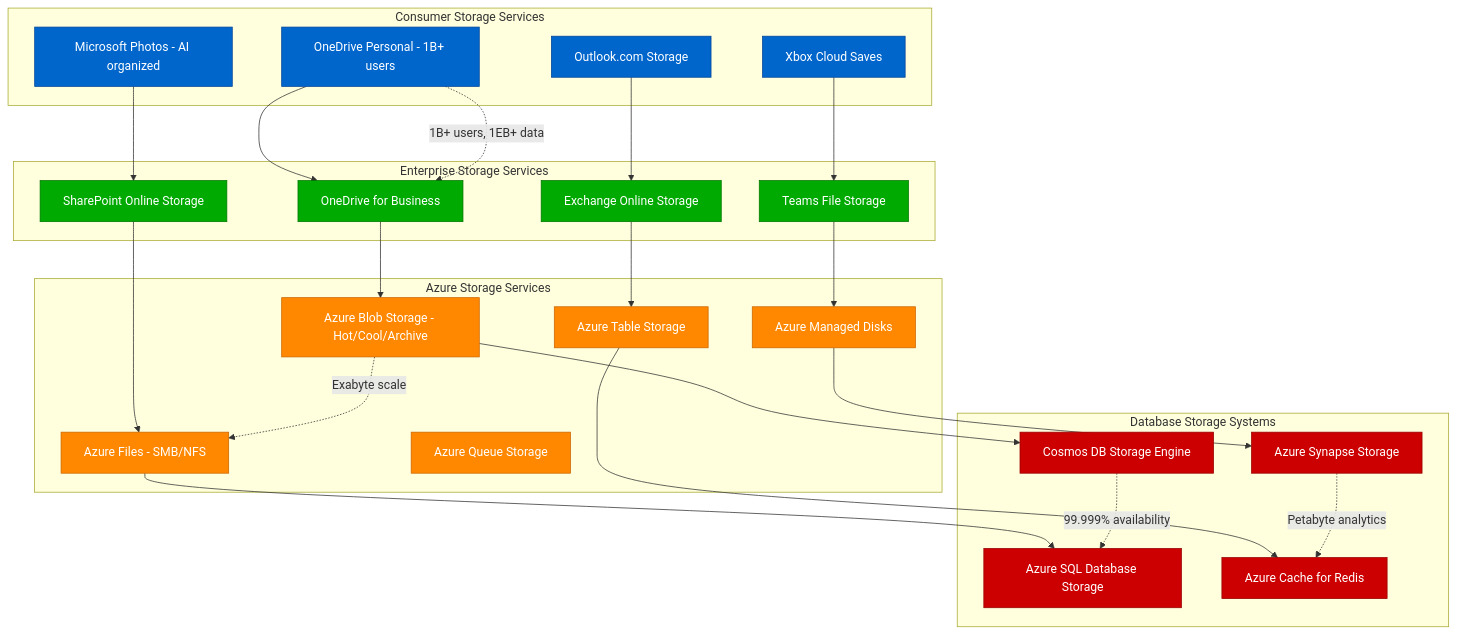
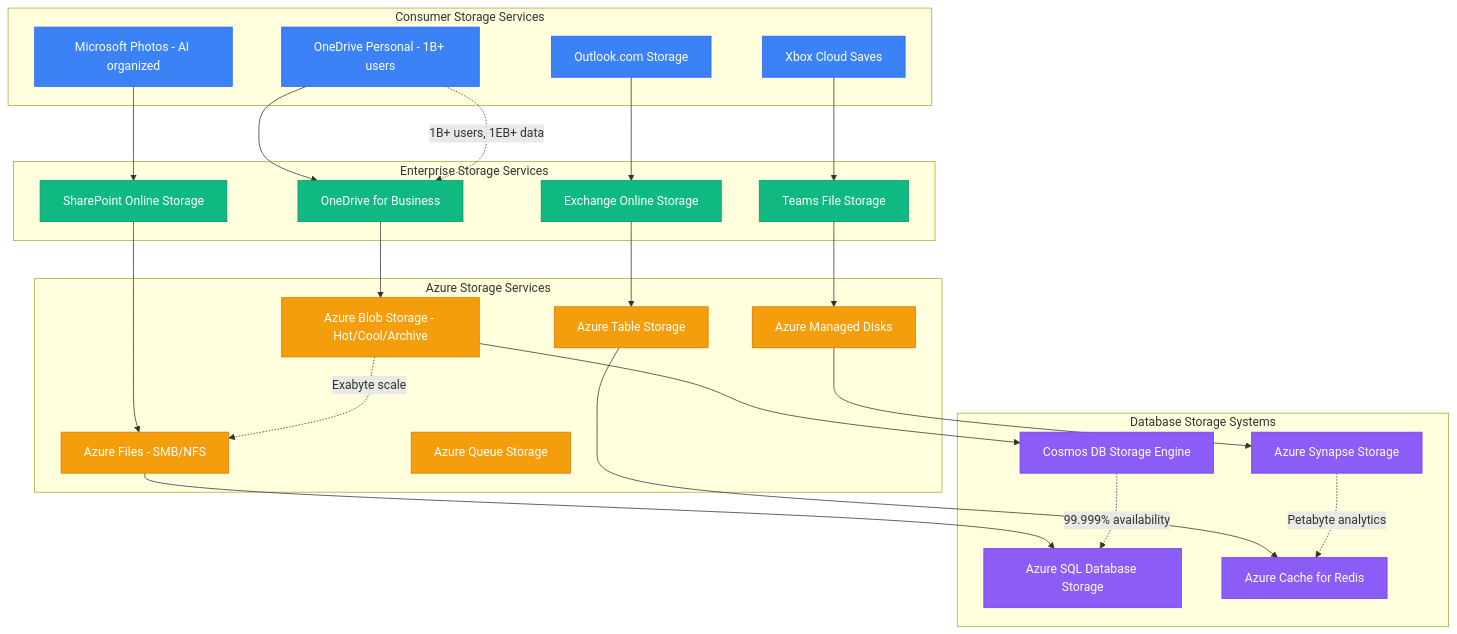
The first of 9 diagrams in site/docs/systems/microsoft/storage-architecture.md (deepaucksharma/DS), drawn with Mermaid before and after one commit. The commit also changed other lines of this file and 303 other files, not shown here.

````diff
--- a/site/docs/systems/microsoft/storage-architecture.md
+++ b/site/docs/systems/microsoft/storage-architecture.md
@@ -9,66 +9,66 @@
 ```mermaid
 graph TB
     subgraph ConsumerStorage[Consumer Storage Services]
         ONEDRIVE[OneDrive Personal - 1B+ users]
         PHOTOS[Microsoft Photos - AI organized]
         XBOX_STORAGE[Xbox Cloud Saves]
         OUTLOOK_STORAGE[Outlook.com Storage]
     end
 
     subgraph EnterpriseStorage[Enterprise Storage Services]
         ONEDRIVE_BIZ[OneDrive for Business]
         SHAREPOINT_STORAGE[SharePoint Online Storage]
         TEAMS_FILES[Teams File Storage]
         EXCHANGE_STORAGE[Exchange Online Storage]
     end
 
     subgraph AzureStorage[Azure Storage Services]
         BLOB_STORAGE[Azure Blob Storage - Hot/Cool/Archive]
         FILE_STORAGE[Azure Files - SMB/NFS]
         DISK_STORAGE[Azure Managed Disks]
         TABLE_STORAGE[Azure Table Storage]
         QUEUE_STORAGE[Azure Queue Storage]
     end
 
     subgraph DatabaseStorage[Database Storage Systems]
         COSMOS_STORAGE[Cosmos DB Storage Engine]
         SQL_STORAGE[Azure SQL Database Storage]
         SYNAPSE_STORAGE[Azure Synapse Storage]
         REDIS_STORAGE[Azure Cache for Redis]
     end
 
     %% Storage tier relationships
     ONEDRIVE --> ONEDRIVE_BIZ
     PHOTOS --> SHAREPOINT_STORAGE
     XBOX_STORAGE --> TEAMS_FILES
     OUTLOOK_STORAGE --> EXCHANGE_STORAGE
 
     %% Enterprise to Azure integration
     ONEDRIVE_BIZ --> BLOB_STORAGE
     SHAREPOINT_STORAGE --> FILE_STORAGE
     TEAMS_FILES --> DISK_STORAGE
     EXCHANGE_STORAGE --> TABLE_STORAGE
 
     %% Database integration
     BLOB_STORAGE --> COSMOS_STORAGE
     FILE_STORAGE --> SQL_STORAGE
     DISK_STORAGE --> SYNAPSE_STORAGE
     TABLE_STORAGE --> REDIS_STORAGE
 
     %% Scale annotations
     ONEDRIVE -.->|"1B+ users, 1EB+ data"| ONEDRIVE_BIZ
     BLOB_STORAGE -.->|"Exabyte scale"| FILE_STORAGE
     COSMOS_STORAGE -.->|"99.999% availability"| SQL_STORAGE
     SYNAPSE_STORAGE -.->|"Petabyte analytics"| REDIS_STORAGE
 
     %% Apply four-plane colors
-    classDef consumerStyle fill:#0066CC,stroke:#004499,color:#fff
-    classDef enterpriseStyle fill:#00AA00,stroke:#007700,color:#fff
-    classDef azureStyle fill:#FF8800,stroke:#CC6600,color:#fff
-    classDef databaseStyle fill:#CC0000,stroke:#990000,color:#fff
+    classDef consumerStyle fill:#3B82F6,stroke:#2563EB,color:#fff
+    classDef enterpriseStyle fill:#10B981,stroke:#059669,color:#fff
+    classDef azureStyle fill:#F59E0B,stroke:#D97706,color:#fff
+    classDef databaseStyle fill:#8B5CF6,stroke:#7C3AED,color:#fff
 
     class ONEDRIVE,PHOTOS,XBOX_STORAGE,OUTLOOK_STORAGE consumerStyle
     class ONEDRIVE_BIZ,SHAREPOINT_STORAGE,TEAMS_FILES,EXCHANGE_STORAGE enterpriseStyle
     class BLOB_STORAGE,FILE_STORAGE,DISK_STORAGE,TABLE_STORAGE,QUEUE_STORAGE azureStyle
     class COSMOS_STORAGE,SQL_STORAGE,SYNAPSE_STORAGE,REDIS_STORAGE databaseStyle
 ```
````
